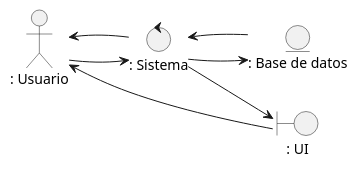
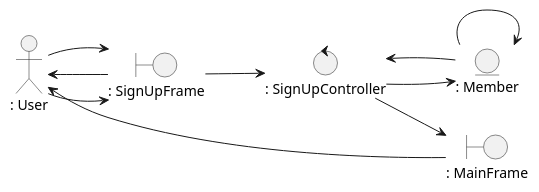
One commit to Danfloca02/ProyectoFacUpdate changed the diagram in docs/logicalView/analysisView/usecaseAnalysis/analysisDiagram/analysisDiagram/PlantUML/uc1_signUp.plantuml. Above: the diagram before and after it, drawn with PlantUML. The commit also changed 11 other files, not shown here.

```diff
--- a/docs/logicalView/analysisView/usecaseAnalysis/analysisDiagram/analysisDiagram/PlantUML/uc1_signUp.plantuml
+++ b/docs/logicalView/analysisView/usecaseAnalysis/analysisDiagram/analysisDiagram/PlantUML/uc1_signUp.plantuml
@@ -1,18 +1,22 @@
 @startuml uc1_signUp
 
 left to right direction
 
-actor ": Usuario" as user
+actor ": User" as user
 
-entity ": Base de datos" as mod
-boundary ": UI" as vis
-control ": Sistema" as con
+entity ": Member" as mod
+boundary ": SignUpFrame" as vis
+boundary ": MainFrame" as main
+control ": SignUpController" as con
 
-vis --> user
-user --> con
-con --> vis
-con --> user
-con --> mod
-mod --> con 
+user --> vis 
+vis --> user 
+user --> vis 
+vis --> con
+con --> mod 
+mod --> mod 
+mod --> con
+con --> main
+main --> user
 
 @enduml
```
